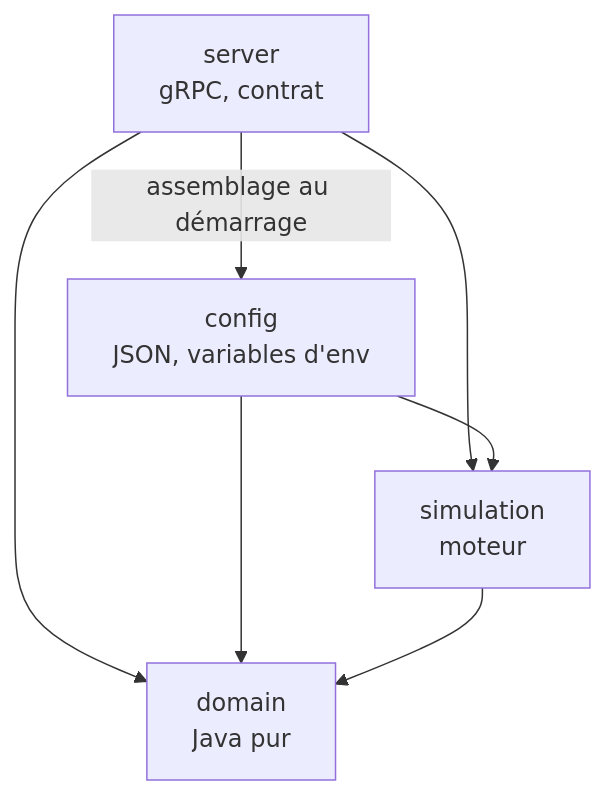
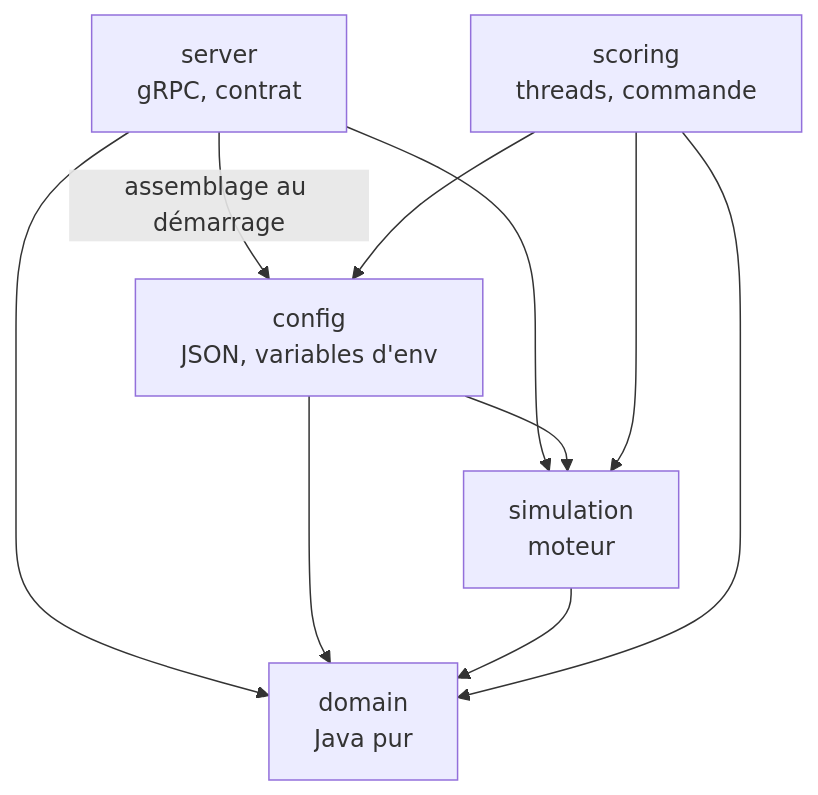
Before and after one commit to gakkel-labs/swarm-simulator: the second of 5 diagrams in docs/architecture.fr.md, drawn with Mermaid. The commit also changed other lines of this file and 7 other files, not shown here.

Commit message:
docs: describe the simulation profiles and the scoring command (#177)

````diff
--- a/docs/architecture.fr.md
+++ b/docs/architecture.fr.md
@@ -111,9 +115,12 @@
 ```mermaid
 flowchart TB
     SERVER[server<br/>gRPC, contrat] --> SIMULATION[simulation<br/>moteur]
     CONFIG[config<br/>JSON, variables d'env] --> SIMULATION
     SERVER --> DOMAIN[domain<br/>Java pur]
     SERVER -->|assemblage au démarrage| CONFIG
     CONFIG --> DOMAIN
     SIMULATION --> DOMAIN
+    SCORING[scoring<br/>threads, commande] --> SIMULATION
+    SCORING --> CONFIG
+    SCORING --> DOMAIN
 ```
````
